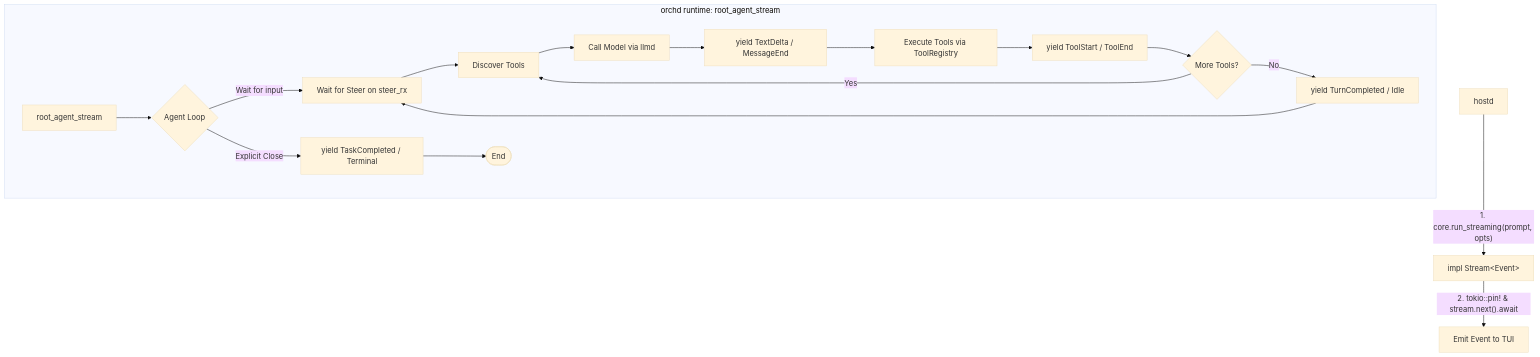
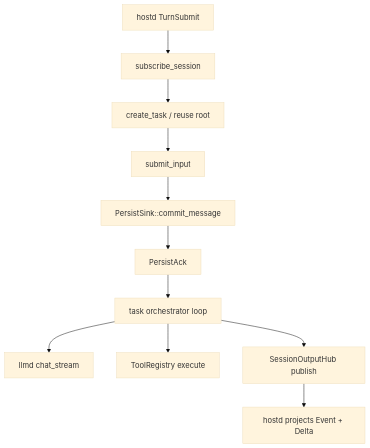
One commit to biuld/piko changed the diagram in packages/orchd/docs/architecture.md. Above: the diagram before and after it, drawn with Mermaid (base theme). The commit also changed other lines of this file and 60 other files, not shown here.

First line of the commit message:
Align hostd–orchd integration with Agent Runtime API and refresh docs.

````diff
--- a/packages/orchd/docs/architecture.md
+++ b/packages/orchd/docs/architecture.md
@@ -58,24 +62,13 @@
 ```mermaid
 graph TD
-    hostd[hostd] -- "1. core.run_streaming(prompt, opts)" --> stream[impl Stream&lt;Event&gt;]
-    stream -- "2. tokio::pin! & stream.next().await" --> tui[Emit Event to TUI]
-    
-    subgraph orchd [orchd runtime: root_agent_stream]
-        stream_fn[root_agent_stream] --> loop_start{Agent Loop}
-        loop_start -- "Wait for input" --> wait_steer[Wait for Steer on steer_rx]
-        wait_steer --> discover[Discover Tools]
-        discover --> model_call[Call Model via llmd]
-        model_call --> yield_text[yield TextDelta / MessageEnd]
-        yield_text --> exec_tools[Execute Tools via ToolRegistry]
-        exec_tools --> yield_tool[yield ToolStart / ToolEnd]
-        
-        yield_tool --> check_tools{More Tools?}
-        check_tools -- No --> yield_turn[yield TurnCompleted / Idle]
-        yield_turn --> wait_steer
-        
-        check_tools -- Yes --> discover
-        
-        loop_start -- Explicit Close --> yield_task[yield TaskCompleted / Terminal]
-        yield_task --> loop_end([End])
-    end
+    hostd[hostd TurnSubmit] --> subscribe[subscribe_session]
+    subscribe --> create[create_task / reuse root]
+    create --> input[submit_input]
+    input --> persist[PersistSink::commit_message]
+    persist --> ack[PersistAck]
+    ack --> loop[task orchestrator loop]
+    loop --> llm[llmd chat_stream]
+    loop --> tools[ToolRegistry execute]
+    loop --> hub[SessionOutputHub publish]
+    hub --> hostd2[hostd projects Event + Delta]
 ```
````
